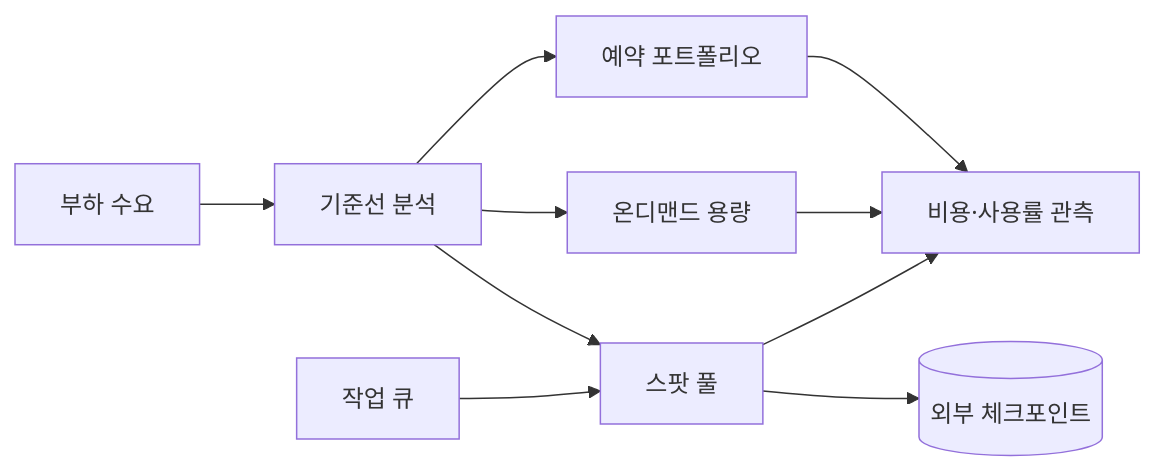
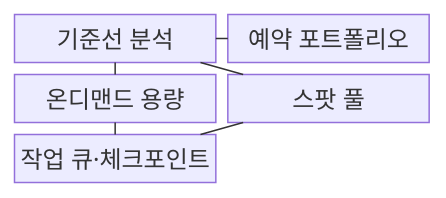
One commit to agnusdei1207/knowledge-base changed the first of 2 diagrams in src/content/docs/notes/03-software/148_reserved_spot_instance.md. Above: the diagram before and after it, drawn with Mermaid. The commit also changed other lines of this file and 20 other files, not shown here.

````diff
--- a/src/content/docs/notes/03-software/148_reserved_spot_instance.md
+++ b/src/content/docs/notes/03-software/148_reserved_spot_instance.md
@@ -57,12 +53,14 @@
 ```mermaid
-flowchart LR
-    D[부하 수요] --> B[기준선 분석]
-    B --> R[예약 포트폴리오]
-    B --> O[온디맨드 용량]
-    B --> S[스팟 풀]
-    Q[작업 큐] --> S
-    S --> C[(외부 체크포인트)]
-    R --> M[비용·사용률 관측]
-    O --> M
-    S --> M
+block
+    columns 2
+    B["기준선 분석"]
+    R["예약 포트폴리오"]
+    O["온디맨드 용량"]
+    S["스팟 풀"]
+    Q["작업 큐·체크포인트"]
+    B --- R
+    B --- O
+    B --- S
+    S --- Q
+    O --- Q
 ```
````
